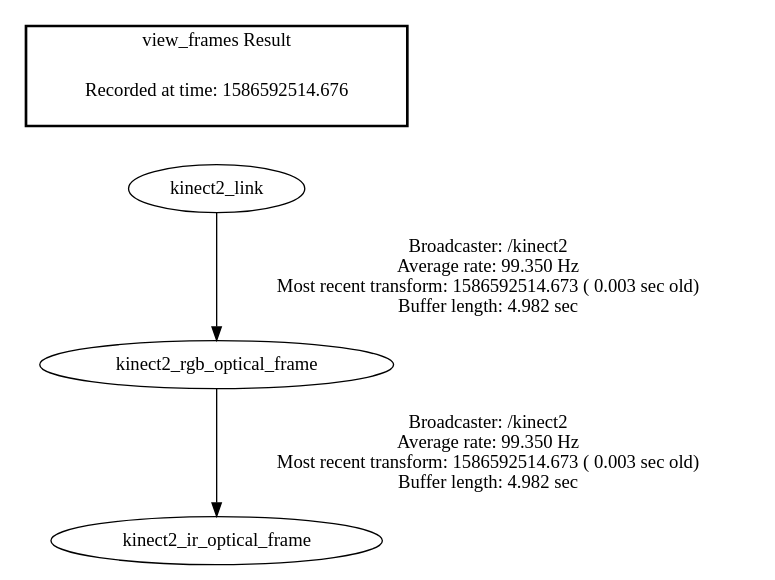
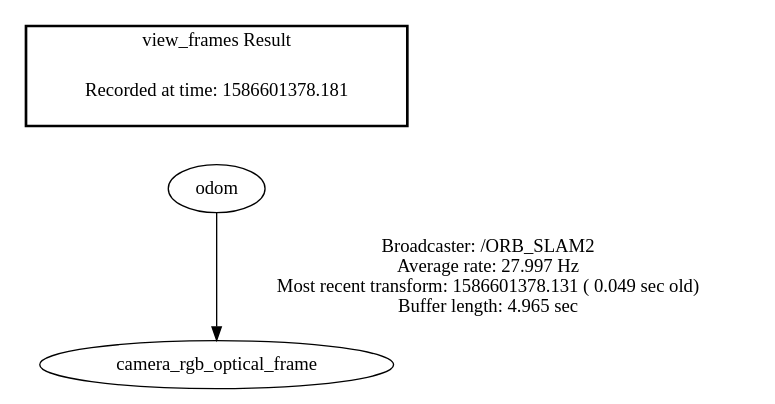
One commit to hzm476172557/ORB_SLAM2 changed the diagram in data/frames.gv. Above: the diagram before and after it, drawn with Graphviz. The commit also changed 6 other files, not shown here.

```diff
--- a/data/frames.gv
+++ b/data/frames.gv
@@ -1,8 +1,7 @@
 digraph G {
-"kinect2_link" -> "kinect2_rgb_optical_frame"[label="Broadcaster: /kinect2\nAverage rate: 99.350 Hz\nMost recent transform: 1586592514.673 ( 0.003 sec old)\nBuffer length: 4.982 sec\n"];
-"kinect2_rgb_optical_frame" -> "kinect2_ir_optical_frame"[label="Broadcaster: /kinect2\nAverage rate: 99.350 Hz\nMost recent transform: 1586592514.673 ( 0.003 sec old)\nBuffer length: 4.982 sec\n"];
+"odom" -> "camera_rgb_optical_frame"[label="Broadcaster: /ORB_SLAM2\nAverage rate: 27.997 Hz\nMost recent transform: 1586601378.131 ( 0.049 sec old)\nBuffer length: 4.965 sec\n"];
 edge [style=invis];
  subgraph cluster_legend { style=bold; color=black; label ="view_frames Result";
-"Recorded at time: 1586592514.676"[ shape=plaintext ] ;
- }->"kinect2_link";
+"Recorded at time: 1586601378.181"[ shape=plaintext ] ;
+ }->"odom";
 }
```
